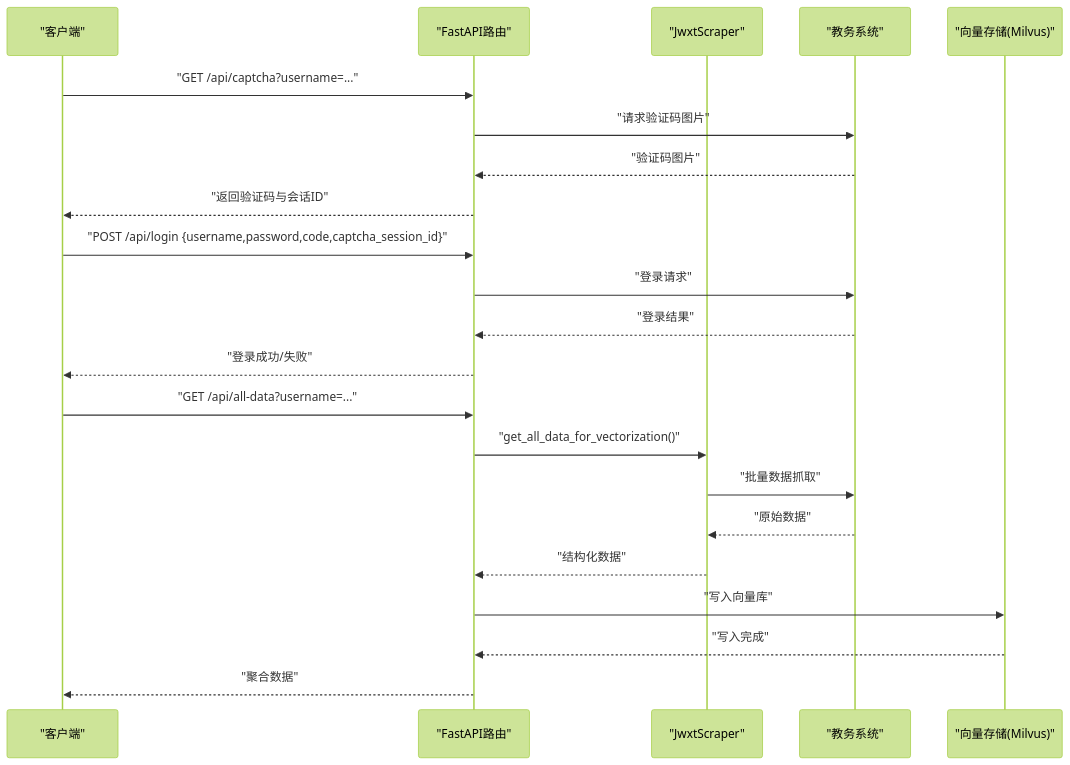
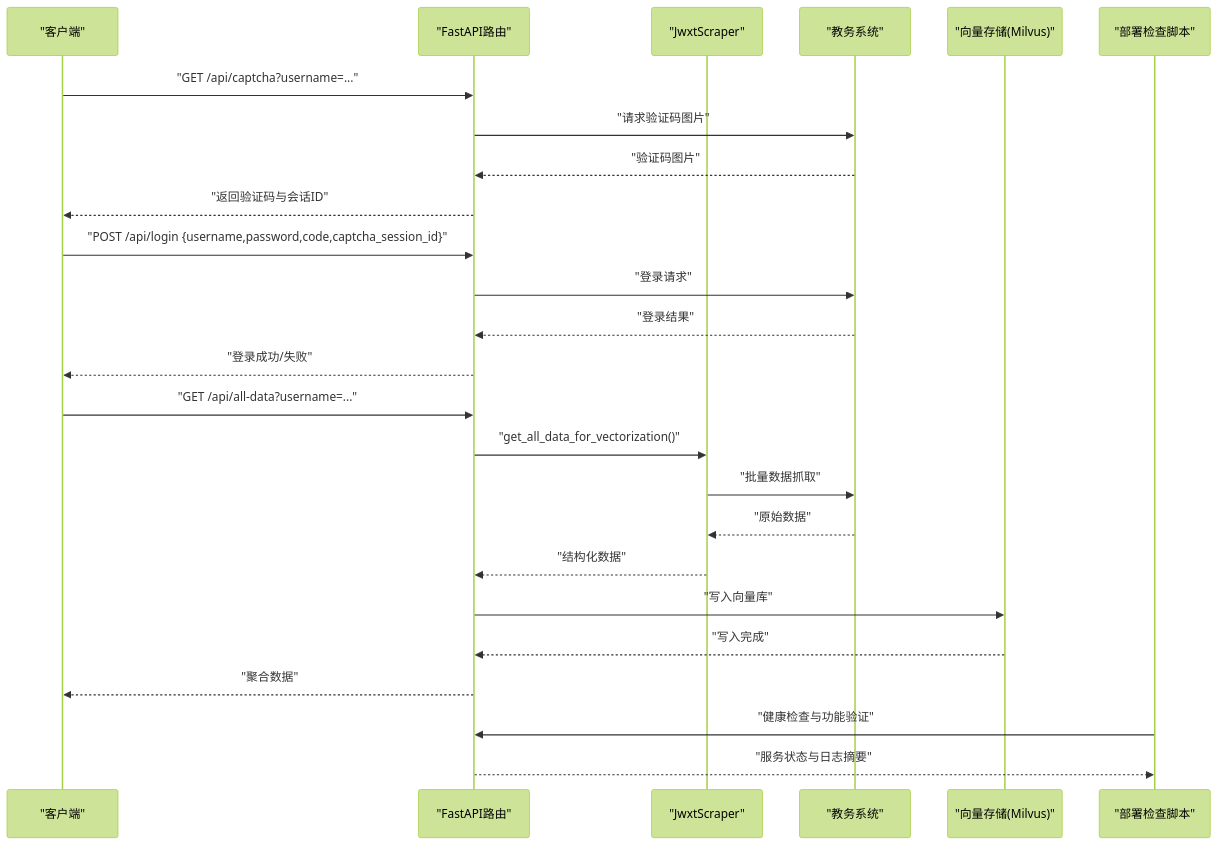
One commit to ghbbn053-ship-itsoulddog/soulddog changed the second of 3 diagrams in .qoder/repowiki/zh/content/开发指南/测试策略/测试策略.md. Above: the diagram before and after it, drawn with Mermaid (forest theme). The commit also changed other lines of this file and 10 other files, not shown here.

````diff
--- a/.qoder/repowiki/zh/content/开发指南/测试策略/测试策略.md
+++ b/.qoder/repowiki/zh/content/开发指南/测试策略/测试策略.md
@@ -86,24 +115,27 @@
 ```mermaid
 sequenceDiagram
 participant Client as "客户端"
 participant API as "FastAPI路由"
 participant Scraper as "JwxtScraper"
 participant Edu as "教务系统"
 participant Store as "向量存储(Milvus)"
+participant Deploy as "部署检查脚本"
 Client->>API : "GET /api/captcha?username=..."
 API->>Edu : "请求验证码图片"
 Edu-->>API : "验证码图片"
 API-->>Client : "返回验证码与会话ID"
 Client->>API : "POST /api/login {username,password,code,captcha_session_id}"
 API->>Edu : "登录请求"
 Edu-->>API : "登录结果"
 API-->>Client : "登录成功/失败"
 Client->>API : "GET /api/all-data?username=..."
 API->>Scraper : "get_all_data_for_vectorization()"
 Scraper->>Edu : "批量数据抓取"
 Edu-->>Scraper : "原始数据"
 Scraper-->>API : "结构化数据"
 API->>Store : "写入向量库"
 Store-->>API : "写入完成"
 API-->>Client : "聚合数据"
+Deploy->>API : "健康检查与功能验证"
+API-->>Deploy : "服务状态与日志摘要"
 ```
````
